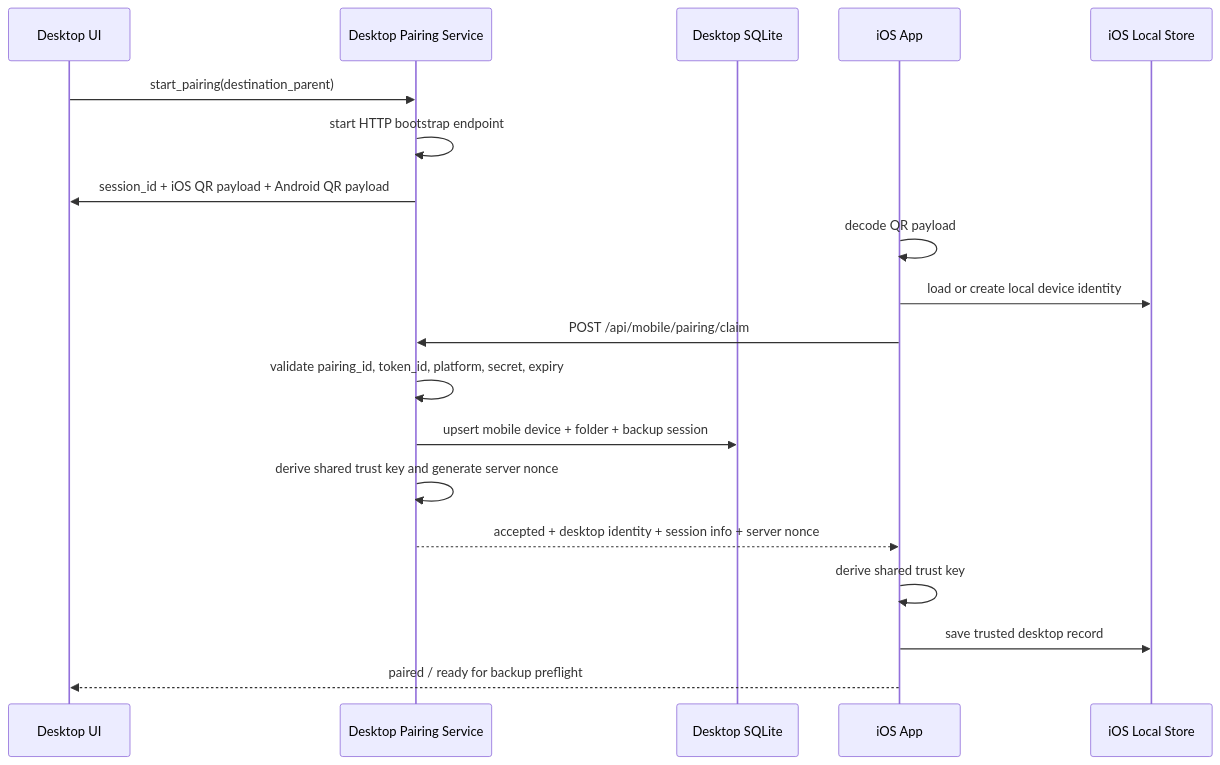
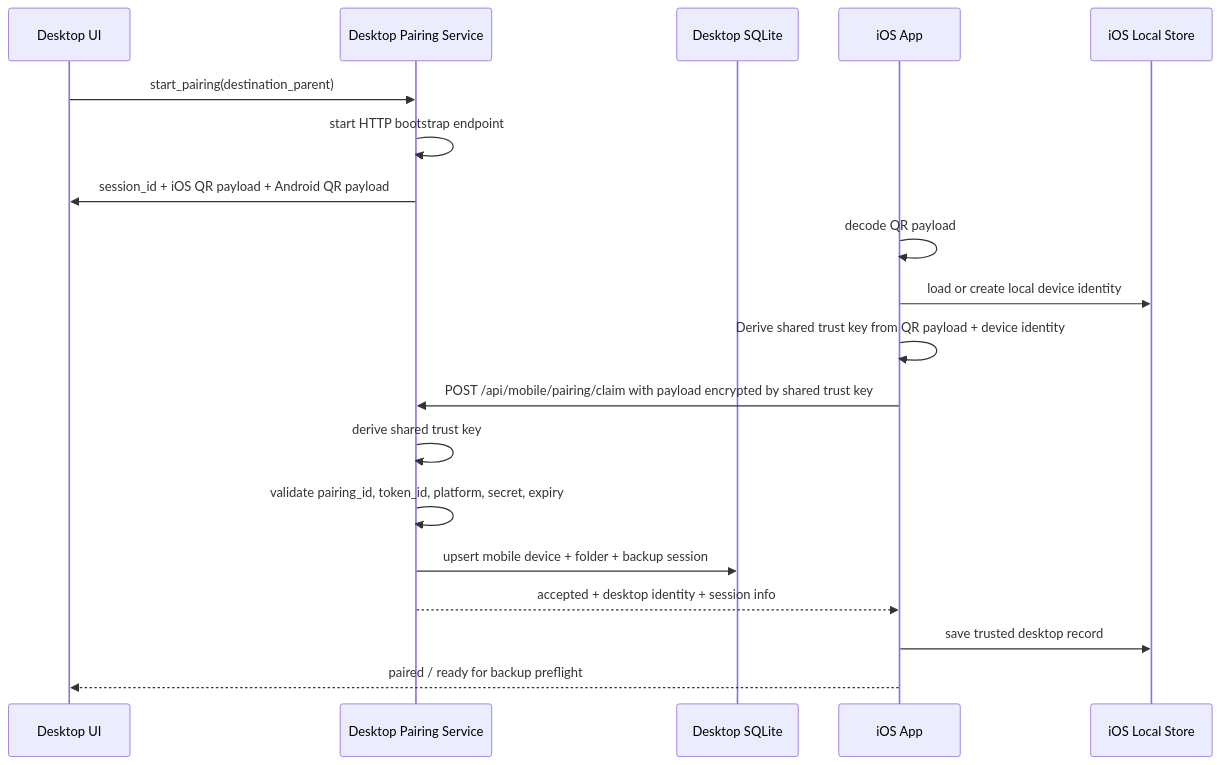
The diagram in dt_image_search/specs/[dev] pairing.md (ws2356/image-search), drawn with Mermaid before and after one commit. The commit also changed other lines of this file and 1 other file, not shown here.

Commit message:
Simplify pairing

````diff
--- a/dt_image_search/specs/[dev] pairing.md
+++ b/dt_image_search/specs/[dev] pairing.md
@@ -85,22 +84,22 @@
 ```mermaid
 sequenceDiagram
     participant DesktopUI as Desktop UI
     participant DesktopPair as Desktop Pairing Service
     participant DesktopDB as Desktop SQLite
     participant MobileApp as iOS App
     participant MobilePrefs as iOS Local Store
 
     DesktopUI->>DesktopPair: start_pairing(destination_parent)
     DesktopPair->>DesktopPair: start HTTP bootstrap endpoint
     DesktopPair->>DesktopUI: session_id + iOS QR payload + Android QR payload
     MobileApp->>MobileApp: decode QR payload
     MobileApp->>MobilePrefs: load or create local device identity
-    MobileApp->>DesktopPair: POST /api/mobile/pairing/claim
+    MobileApp->>MobileApp: Derive shared trust key from QR payload + device identity
+    MobileApp->>DesktopPair: POST /api/mobile/pairing/claim with payload encrypted by shared trust key
+    DesktopPair->>DesktopPair: derive shared trust key
     DesktopPair->>DesktopPair: validate pairing_id, token_id, platform, secret, expiry
     DesktopPair->>DesktopDB: upsert mobile device + folder + backup session
-    DesktopPair->>DesktopPair: derive shared trust key and generate server nonce
-    DesktopPair-->>MobileApp: accepted + desktop identity + session info + server nonce
-    MobileApp->>MobileApp: derive shared trust key
+    DesktopPair-->>MobileApp: accepted + desktop identity + session info
     MobileApp->>MobilePrefs: save trusted desktop record
     MobileApp-->>DesktopUI: paired / ready for backup preflight
 ```
````
